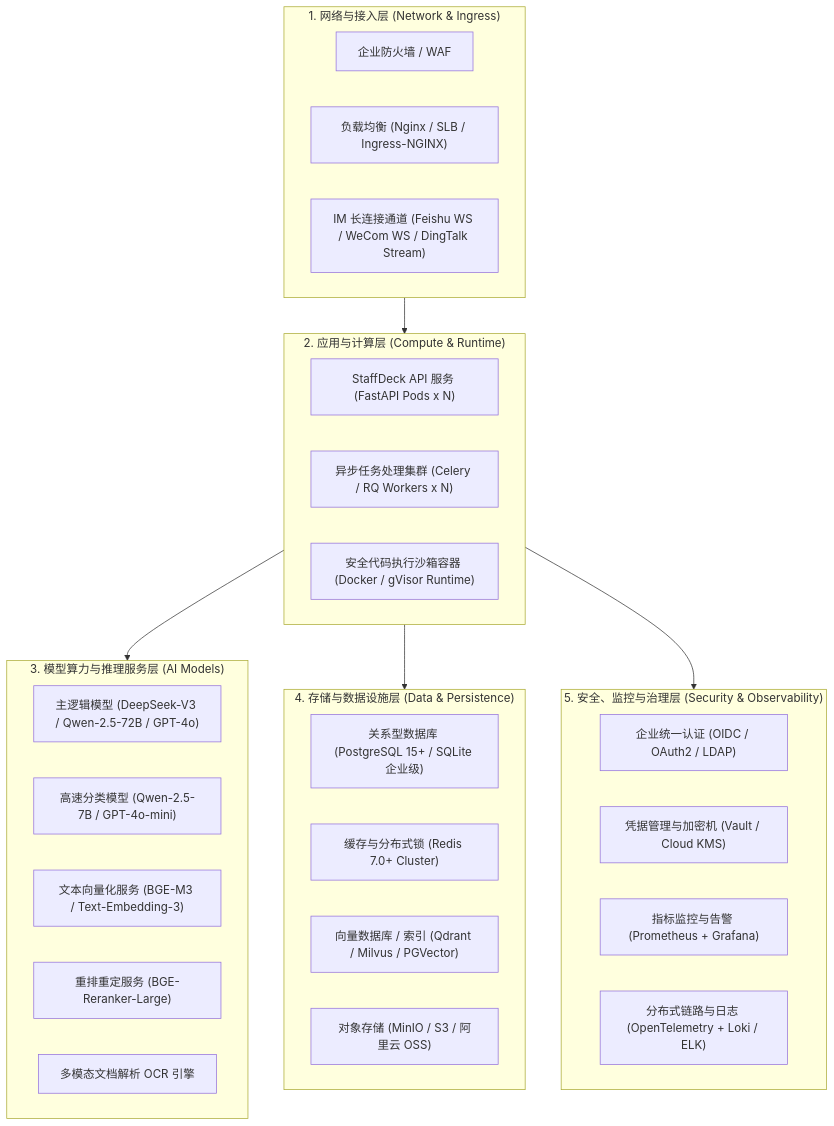
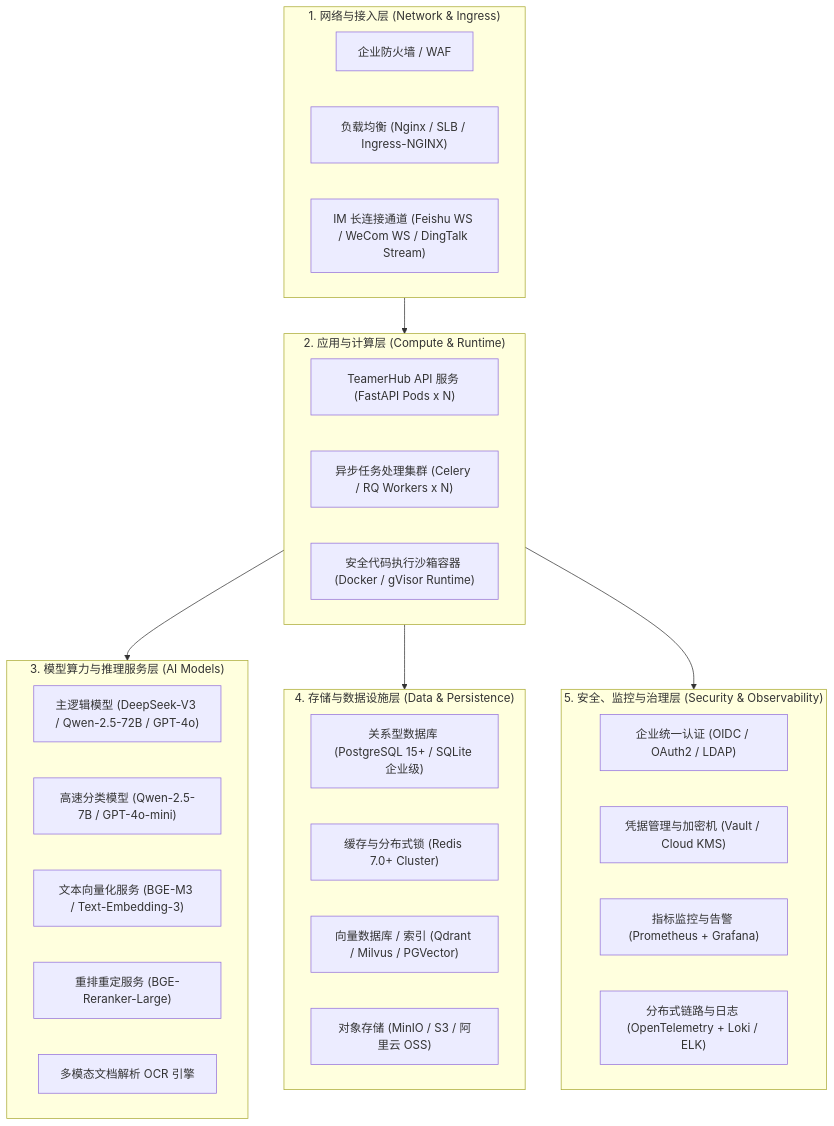
One commit to qiq-mine/hch-staff-hub changed the third of 4 diagrams in PRD.md. Above: the diagram before and after it, drawn with Mermaid. The commit also changed 5 other files, not shown here.

````diff
--- a/PRD.md
+++ b/PRD.md
@@ -317,41 +317,41 @@
 ```mermaid
 flowchart TD
     subgraph EdgeNetwork["1. 网络与接入层 (Network & Ingress)"]
         Firewall["企业防火墙 / WAF"]
         LoadBalancer["负载均衡 (Nginx / SLB / Ingress-NGINX)"]
         IM_Gateway["IM 长连接通道 (Feishu WS / WeCom WS / DingTalk Stream)"]
     end
 
     subgraph AppCluster["2. 应用与计算层 (Compute & Runtime)"]
-        API_App["StaffDeck API 服务 (FastAPI Pods x N)"]
+        API_App["TeamerHub API 服务 (FastAPI Pods x N)"]
         Async_Worker["异步任务处理集群 (Celery / RQ Workers x N)"]
         Sandbox_Node["安全代码执行沙箱容器 (Docker / gVisor Runtime)"]
     end
 
     subgraph ModelLayer["3. 模型算力与推理服务层 (AI Models)"]
         LLM_Primary["主逻辑模型 (DeepSeek-V3 / Qwen-2.5-72B / GPT-4o)"]
         LLM_Fast["高速分类模型 (Qwen-2.5-7B / GPT-4o-mini)"]
         Embed_Model["文本向量化服务 (BGE-M3 / Text-Embedding-3)"]
         Rerank_Model["重排重定服务 (BGE-Reranker-Large)"]
         OCR_Service["多模态文档解析 OCR 引擎"]
     end
 
     subgraph DataStorage["4. 存储与数据设施层 (Data & Persistence)"]
         RelationalDB["关系型数据库 (PostgreSQL 15+ / SQLite 企业级)"]
         RedisCluster["缓存与分布式锁 (Redis 7.0+ Cluster)"]
         VectorDB["向量数据库 / 索引 (Qdrant / Milvus / PGVector)"]
         ObjectStore["对象存储 (MinIO / S3 / 阿里云 OSS)"]
     end
 
     subgraph SecurityOps["5. 安全、监控与治理层 (Security & Observability)"]
         IAM_SSO["企业统一认证 (OIDC / OAuth2 / LDAP)"]
         KMS["凭据管理与加密机 (Vault / Cloud KMS)"]
         PromGrafana["指标监控与告警 (Prometheus + Grafana)"]
         TraceLoki["分布式链路与日志 (OpenTelemetry + Loki / ELK)"]
     end
 
     EdgeNetwork --> AppCluster
     AppCluster --> ModelLayer
     AppCluster --> DataStorage
     AppCluster --> SecurityOps
 ```
````
